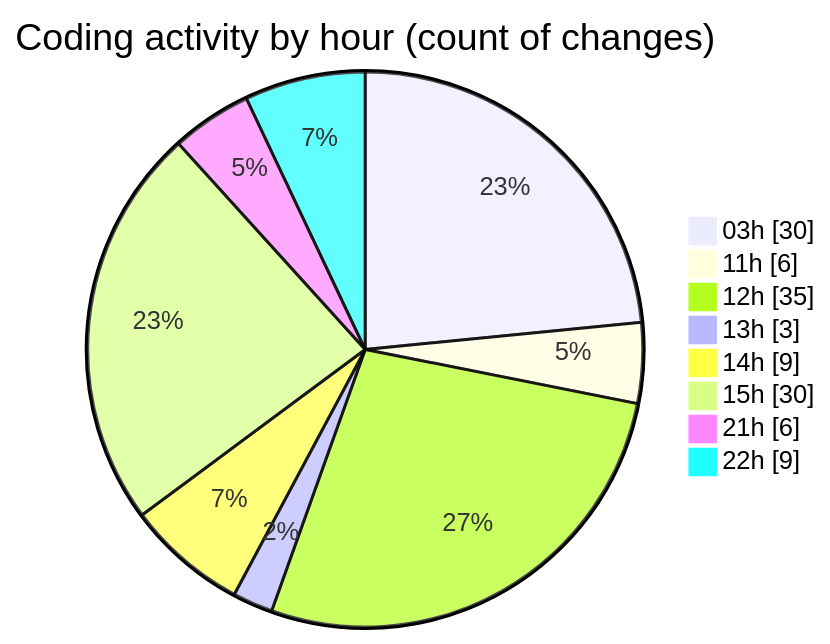
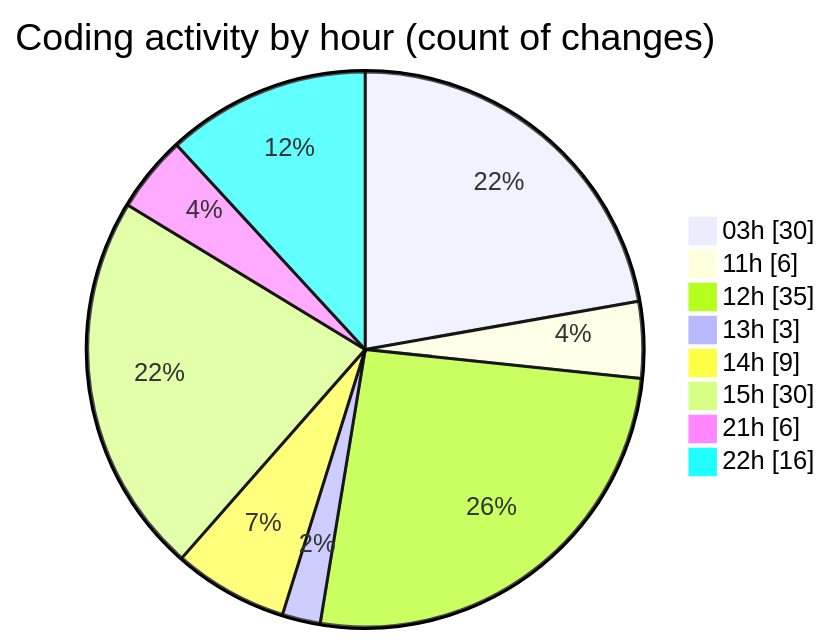
Before and after one commit to lephambinh05/code-tracking: the second of 2 diagrams in 2025-09-13/napxuvn/README.md, drawn with Mermaid. The commit also changed other lines of this file and 1 other file, not shown here.

````diff
--- a/2025-09-13/napxuvn/README.md
+++ b/2025-09-13/napxuvn/README.md
@@ -84,12 +87,12 @@
 ```mermaid
 pie showData
 title Coding activity by hour (count of changes)
 "03h" : 30
 "11h" : 6
 "12h" : 35
 "13h" : 3
 "14h" : 9
 "15h" : 30
 "21h" : 6
-"22h" : 9
+"22h" : 16
 ```
````
